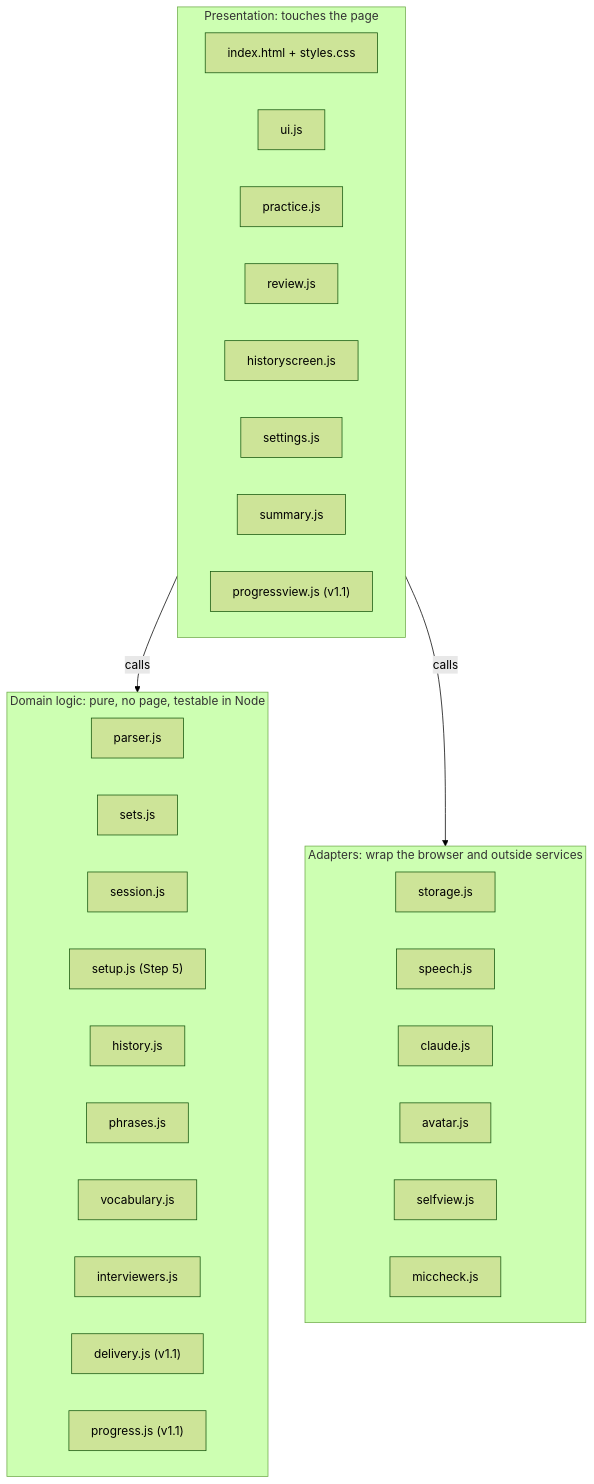
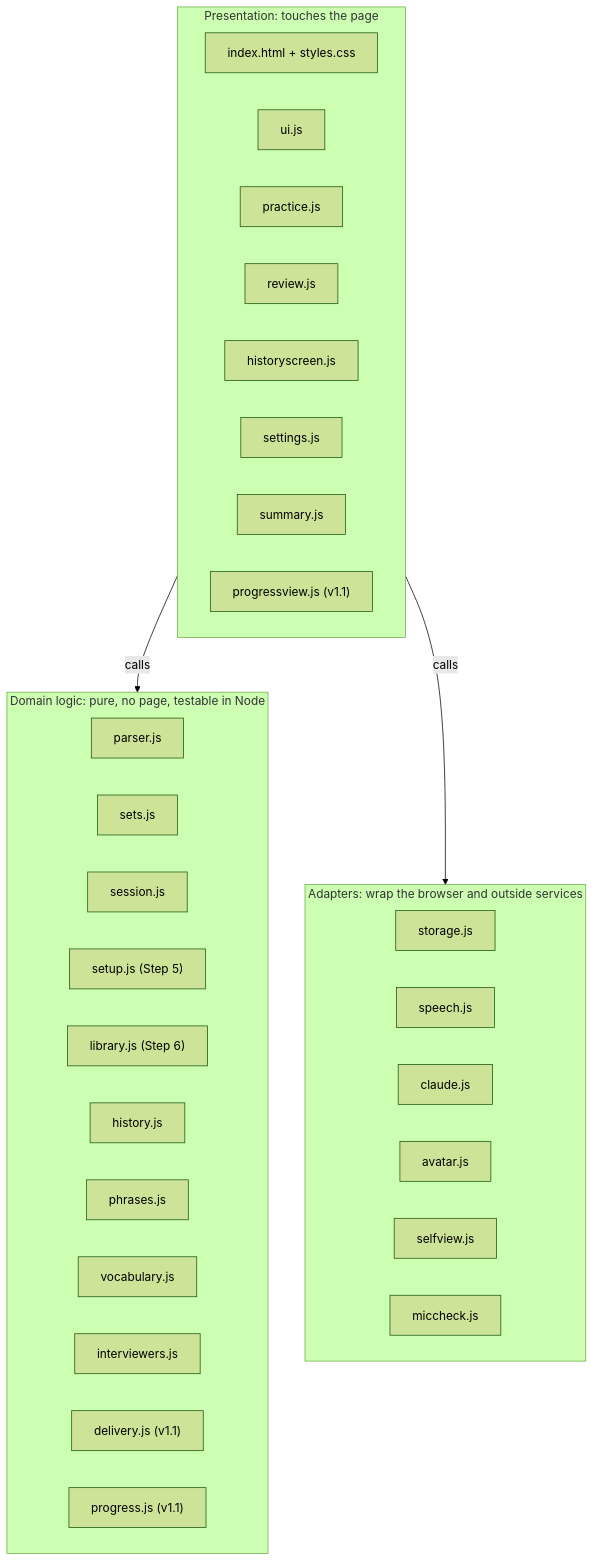
The second of 6 diagrams in docs/architecture.md (mehulp/interview-pal), drawn with Mermaid (forest theme) before and after one commit. The commit also changed other lines of this file and 11 other files, not shown here.

Commit message:
Step 6: documentation (README, architecture, CLAUDE.md, changelog, requirements: how it was checked, flake report, manual checklist) and library screenshots

````diff
--- a/docs/architecture.md
+++ b/docs/architecture.md
@@ -51,38 +51,39 @@
 ```mermaid
 flowchart TB
     subgraph P["Presentation: touches the page"]
         direction LR
         P1["index.html + styles.css"]
         P2["ui.js"]
         P3["practice.js"]
         P4["review.js"]
         P5["historyscreen.js"]
         P6["settings.js"]
         P7["summary.js"]
         P8["progressview.js (v1.1)"]
     end
     subgraph D["Domain logic: pure, no page, testable in Node"]
         direction LR
         D1["parser.js"]
         D2["sets.js"]
         D3["session.js"]
         D3b["setup.js (Step 5)"]
+        D3c["library.js (Step 6)"]
         D4["history.js"]
         D5["phrases.js"]
         D6["vocabulary.js"]
         D7["interviewers.js"]
         D8["delivery.js (v1.1)"]
         D9["progress.js (v1.1)"]
     end
     subgraph A["Adapters: wrap the browser and outside services"]
         direction LR
         A1["storage.js"]
         A2["speech.js"]
         A3["claude.js"]
         A4["avatar.js"]
         A5["selfview.js"]
         A6["miccheck.js"]
     end
     P -->|calls| D
     P -->|calls| A
 ```
````
